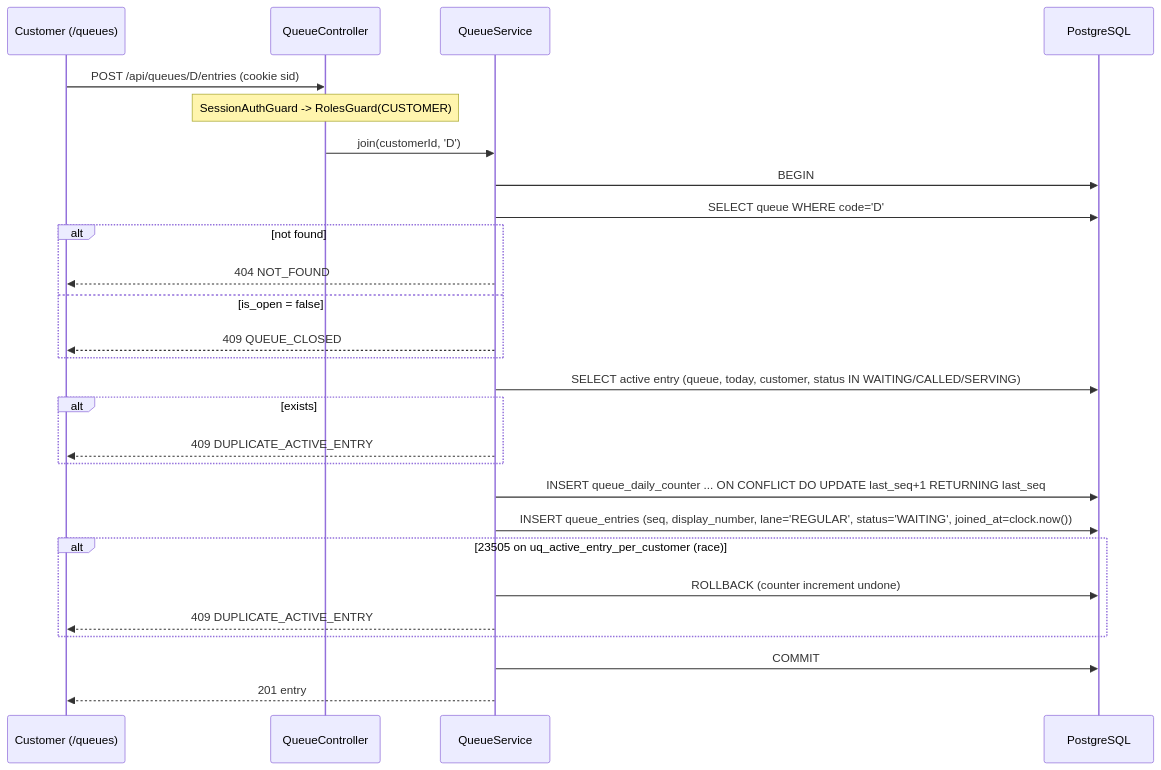
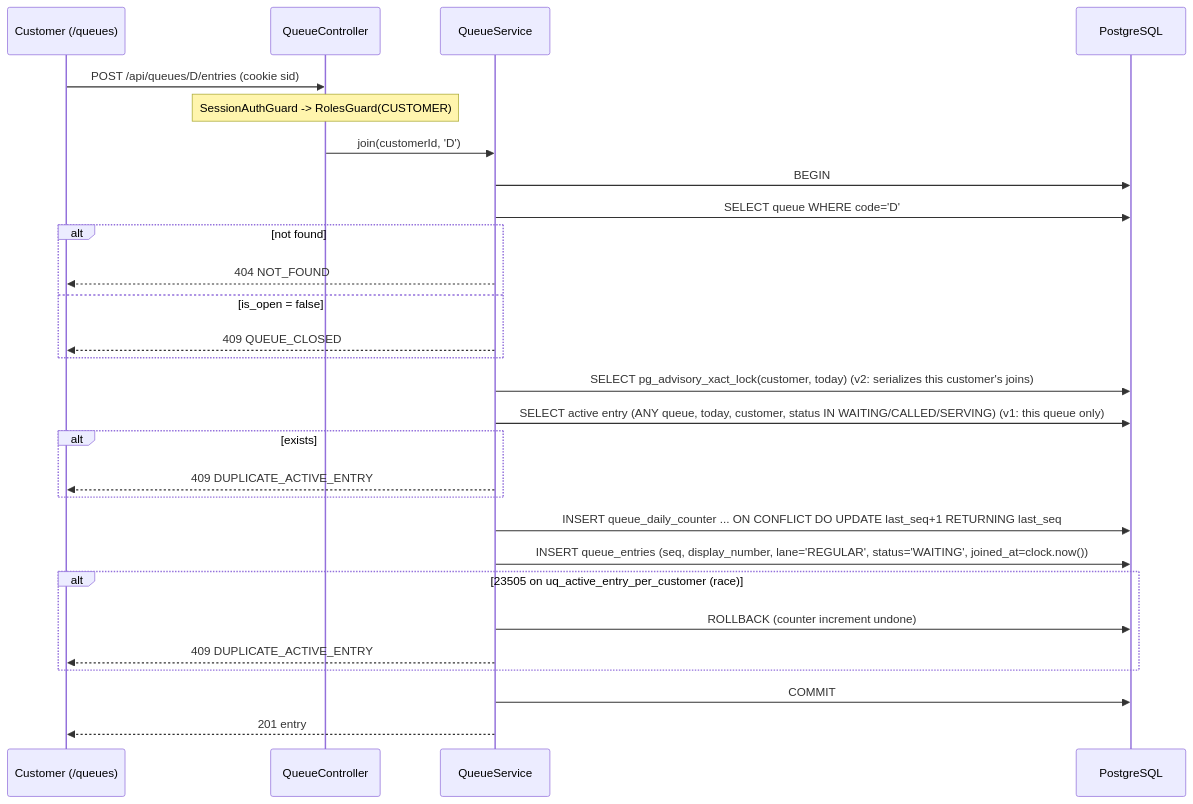
The first of 2 diagrams in docs/sprints/sprint-1/F-02-join-queue.md (SinghLemonH/cpe334-bank-queue-system), drawn with Mermaid before and after one commit. The commit also changed other lines of this file and 7 other files, not shown here.

````diff
--- a/docs/sprints/sprint-1/F-02-join-queue.md
+++ b/docs/sprints/sprint-1/F-02-join-queue.md
@@ -22,29 +22,30 @@
 ```mermaid
 sequenceDiagram
     participant C as Customer (/queues)
     participant A as QueueController
     participant S as QueueService
     participant DB as PostgreSQL
     C->>A: POST /api/queues/D/entries (cookie sid)
     Note over A: SessionAuthGuard -> RolesGuard(CUSTOMER)
     A->>S: join(customerId, 'D')
     S->>DB: BEGIN
     S->>DB: SELECT queue WHERE code='D'
     alt not found
         S-->>C: 404 NOT_FOUND
     else is_open = false
         S-->>C: 409 QUEUE_CLOSED
     end
-    S->>DB: SELECT active entry (queue, today, customer, status IN WAITING/CALLED/SERVING)
+    S->>DB: SELECT pg_advisory_xact_lock(customer, today)  (v2: serializes this customer's joins)
+    S->>DB: SELECT active entry (ANY queue, today, customer, status IN WAITING/CALLED/SERVING)  (v1: this queue only)
     alt exists
         S-->>C: 409 DUPLICATE_ACTIVE_ENTRY
     end
     S->>DB: INSERT queue_daily_counter ... ON CONFLICT DO UPDATE last_seq+1 RETURNING last_seq
     S->>DB: INSERT queue_entries (seq, display_number, lane='REGULAR', status='WAITING', joined_at=clock.now())
     alt 23505 on uq_active_entry_per_customer (race)
         S->>DB: ROLLBACK (counter increment undone)
         S-->>C: 409 DUPLICATE_ACTIVE_ENTRY
     end
     S->>DB: COMMIT
     S-->>C: 201 entry
 ```
````
